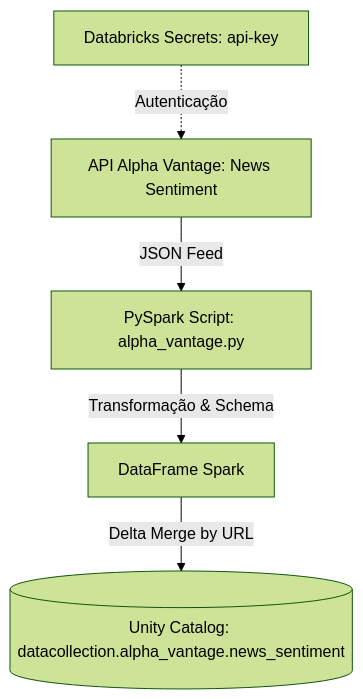
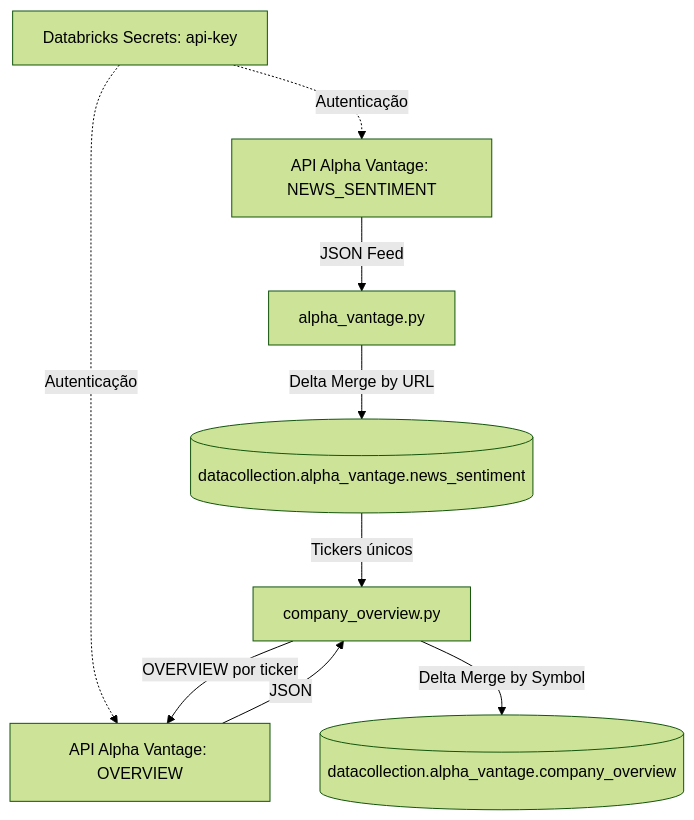
Before and after one commit to thiago2608santana/data-collection: the diagram in README.md, drawn with Mermaid (forest theme). The commit also changed other lines of this file and 2 other files, not shown here.

````diff
--- a/README.md
+++ b/README.md
@@ -9,7 +9,12 @@
 ```mermaid
 graph TD
-    AV[API Alpha Vantage: News Sentiment] -->|JSON Feed| PS[PySpark Script: alpha_vantage.py]
-    DBS[Databricks Secrets: api-key] -.->|Autenticação| AV
-    PS -->|Transformação & Schema| DF[DataFrame Spark]
-    DF -->|Delta Merge by URL| UC[(Unity Catalog: datacollection.alpha_vantage.news_sentiment)]
+    DBS[Databricks Secrets: api-key] -.->|Autenticação| AV1 & AV2
+
+    AV1[API Alpha Vantage: NEWS_SENTIMENT] -->|JSON Feed| PS1[alpha_vantage.py]
+    PS1 -->|Delta Merge by URL| NS[(datacollection.alpha_vantage.news_sentiment)]
+
+    NS -->|Tickers únicos| PS2[company_overview.py]
+    PS2 -->|OVERVIEW por ticker| AV2[API Alpha Vantage: OVERVIEW]
+    AV2 -->|JSON| PS2
+    PS2 -->|Delta Merge by Symbol| CO[(datacollection.alpha_vantage.company_overview)]
 ```
````
